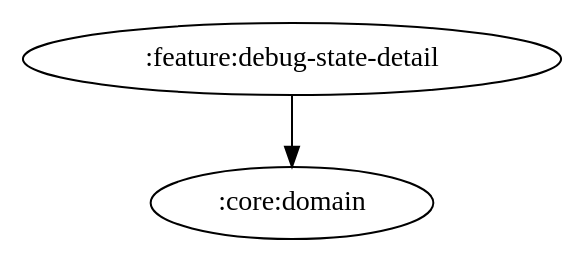
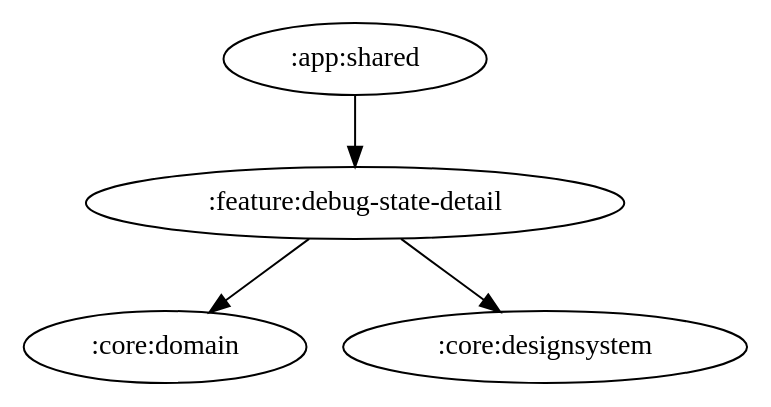
Before and after one commit to ai-kurou/KoDriver: the diagram in docs/graphs/feature-debug-state-detail.gv, drawn with Graphviz. The commit also changed 7 other files, not shown here.

Commit message:
chore: update module graph images

```diff
--- a/docs/graphs/feature-debug-state-detail.gv
+++ b/docs/graphs/feature-debug-state-detail.gv
@@ -1,4 +1,6 @@
 digraph G {
   rankdir=TB
+  ":app:shared" -> ":feature:debug-state-detail"
   ":feature:debug-state-detail" -> ":core:domain"
+  ":feature:debug-state-detail" -> ":core:designsystem"
 }
```
